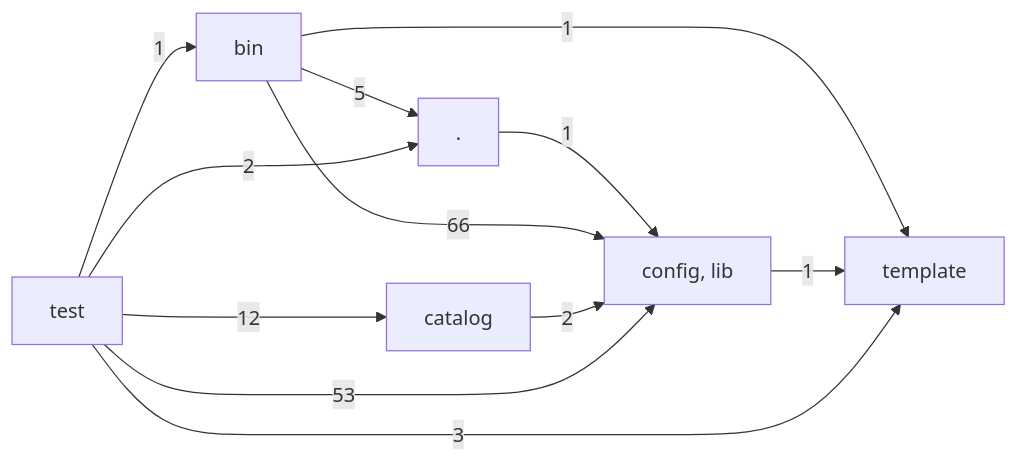
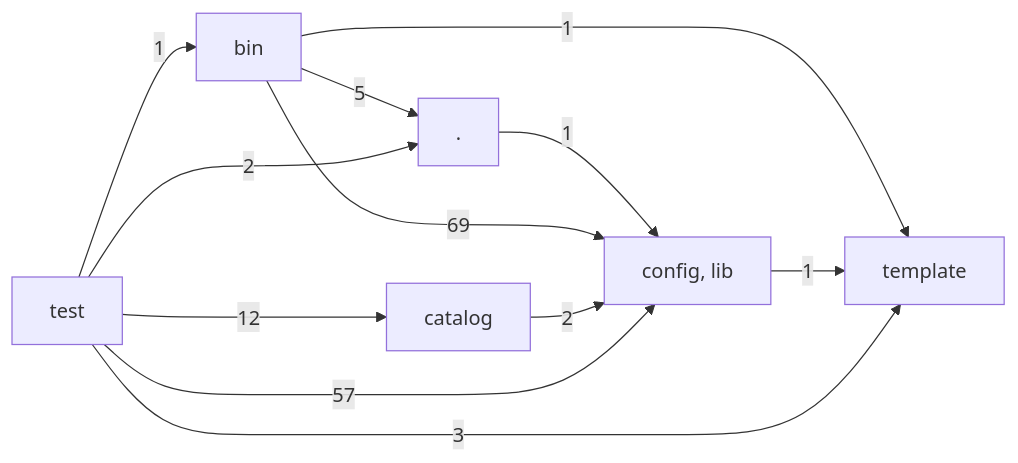
The diagram in docs/architecture/layers.md (hackersandwizards/scaffolding), drawn with Mermaid before and after one commit. The commit also changed 12 other files, not shown here.

````diff
--- a/docs/architecture/layers.md
+++ b/docs/architecture/layers.md
@@ -3,20 +3,20 @@
 ```mermaid
 graph LR
   L0["."]
   L1["bin"]
   L2["catalog"]
   L3["config, lib"]
   L4["template"]
   L5["test"]
   L0 -->|1| L3
   L1 -->|5| L0
-  L1 -->|66| L3
+  L1 -->|69| L3
   L1 -->|1| L4
   L2 -->|2| L3
   L3 -->|1| L4
   L5 -->|2| L0
   L5 -->|1| L1
   L5 -->|12| L2
-  L5 -->|53| L3
+  L5 -->|57| L3
   L5 -->|3| L4
 ```
````
